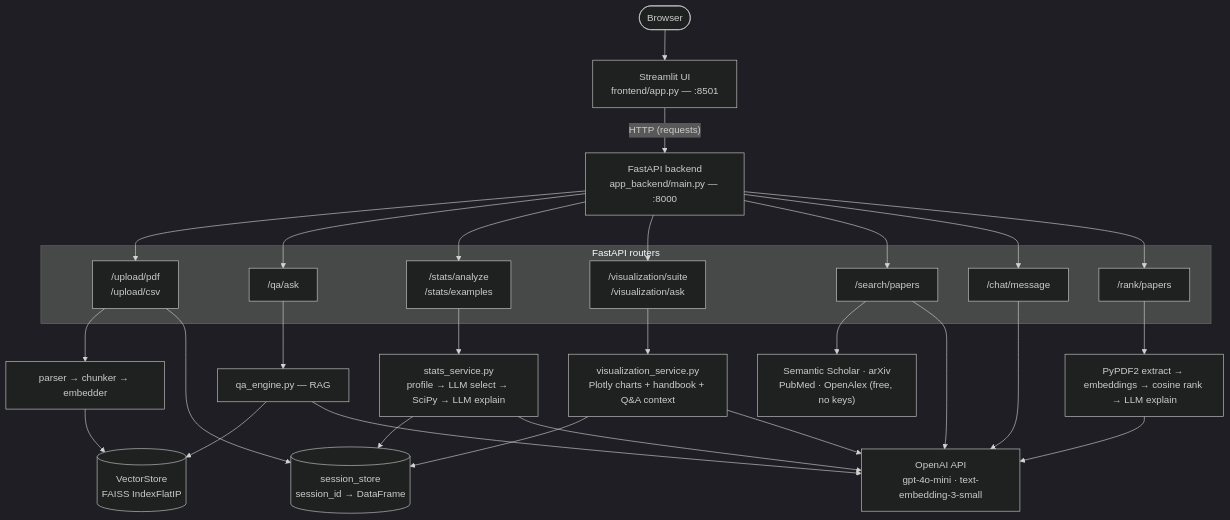
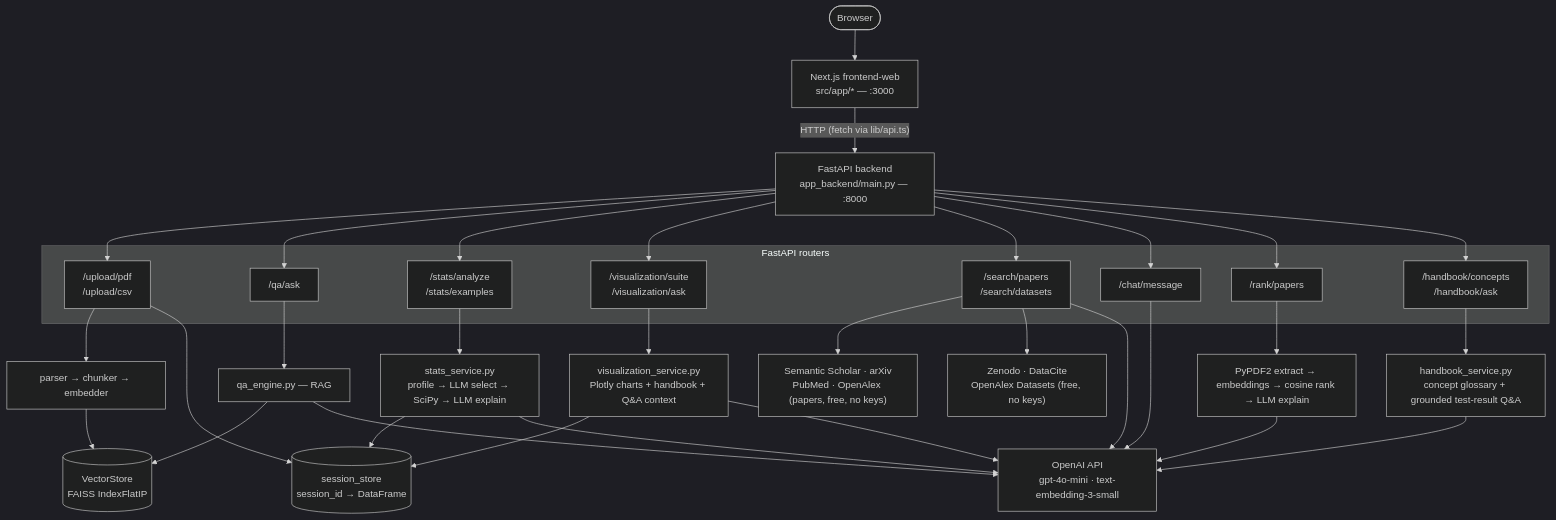
The diagram in README.md (chiara0207/Hypothesis_App), drawn with Mermaid (dark theme) before and after one commit. The commit also changed other lines of this file and 1 other file, not shown here.

First line of the commit message:
Update README architecture diagram and docs for Next.js frontend migration

````diff
--- a/README.md
+++ b/README.md
@@ -43,39 +44,44 @@
 ```mermaid
 flowchart TD
-    Browser(["Browser"]) --> UI["Streamlit UI\nfrontend/app.py — :8501"]
-    UI -- "HTTP (requests)" --> API["FastAPI backend\napp_backend/main.py — :8000"]
+    Browser(["Browser"]) --> UI["Next.js frontend-web\nsrc/app/* — :3000"]
+    UI -- "HTTP (fetch via lib/api.ts)" --> API["FastAPI backend\napp_backend/main.py — :8000"]
 
     subgraph Routers["FastAPI routers"]
         RUpload["/upload/pdf\n/upload/csv"]
         RQA["/qa/ask"]
         RStats["/stats/analyze\n/stats/examples"]
         RViz["/visualization/suite\n/visualization/ask"]
-        RSearch["/search/papers"]
+        RSearch["/search/papers\n/search/datasets"]
         RChat["/chat/message"]
         RRank["/rank/papers"]
+        RHandbook["/handbook/concepts\n/handbook/ask"]
     end
-    API --> RUpload & RQA & RStats & RViz & RSearch & RChat & RRank
+    API --> RUpload & RQA & RStats & RViz & RSearch & RChat & RRank & RHandbook
 
     RUpload --> PdfPipe["parser → chunker → embedder"] --> VecStore[("VectorStore\nFAISS IndexFlatIP")]
     RUpload --> SessionStore[("session_store\nsession_id → DataFrame")]
 
     RQA --> QAEngine["qa_engine.py — RAG"] --> VecStore
     QAEngine --> OpenAI
 
     RStats --> StatsService["stats_service.py\nprofile → LLM select → SciPy → LLM explain"]
     StatsService --> SessionStore
     StatsService --> OpenAI
 
     RViz --> VizService["visualization_service.py\nPlotly charts + handbook + Q&A context"]
     VizService --> SessionStore
     VizService --> OpenAI
 
-    RSearch --> Academic["Semantic Scholar · arXiv\nPubMed · OpenAlex (free, no keys)"]
+    RSearch --> Academic["Semantic Scholar · arXiv\nPubMed · OpenAlex (papers, free, no keys)"]
+    RSearch --> DataReg["Zenodo · DataCite\nOpenAlex Datasets (free, no keys)"]
     RSearch --> OpenAI
 
     RChat --> OpenAI
 
     RRank --> RankLogic["PyPDF2 extract → embeddings → cosine rank → LLM explain"] --> OpenAI
 
+    RHandbook --> HandbookService["handbook_service.py\nconcept glossary + grounded test-result Q&A"]
+    HandbookService --> OpenAI
+
     OpenAI["OpenAI API\ngpt-4o-mini · text-embedding-3-small"]
 ```
````
